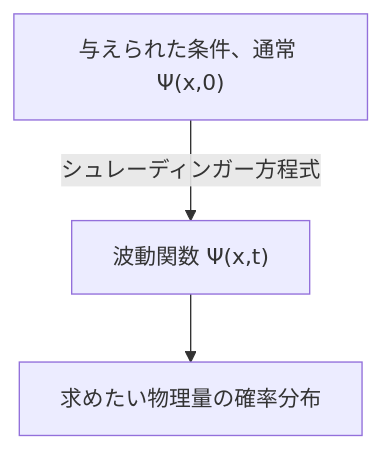
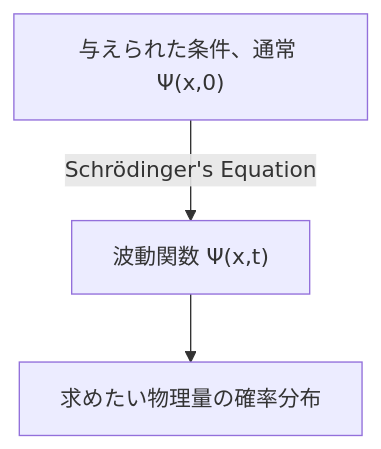
One commit to yunseo-kim/yunseo-kim.github.io changed the second of 2 diagrams in _posts/ja/2024-10-08-schrodinger-equation-and-the-wave-function.md. Above: the diagram before and after it, drawn with Mermaid. The commit also changed other lines of this file and 84 other files, not shown here.

````diff
--- a/_posts/ja/2024-10-08-schrodinger-equation-and-the-wave-function.md
+++ b/_posts/ja/2024-10-08-schrodinger-equation-and-the-wave-function.md
@@ -53,5 +55,5 @@
 ```mermaid
 flowchart TD
-	conditions["与えられた条件、通常 Ψ(x,0)"] -- "シュレーディンガー方程式" --> x["波動関数 Ψ(x,t)"]
+	conditions["与えられた条件、通常 Ψ(x,0)"] -- "Schrödinger's Equation" --> x["波動関数 Ψ(x,t)"]
 	x --> quantities["求めたい物理量の確率分布"]
 ```
````
